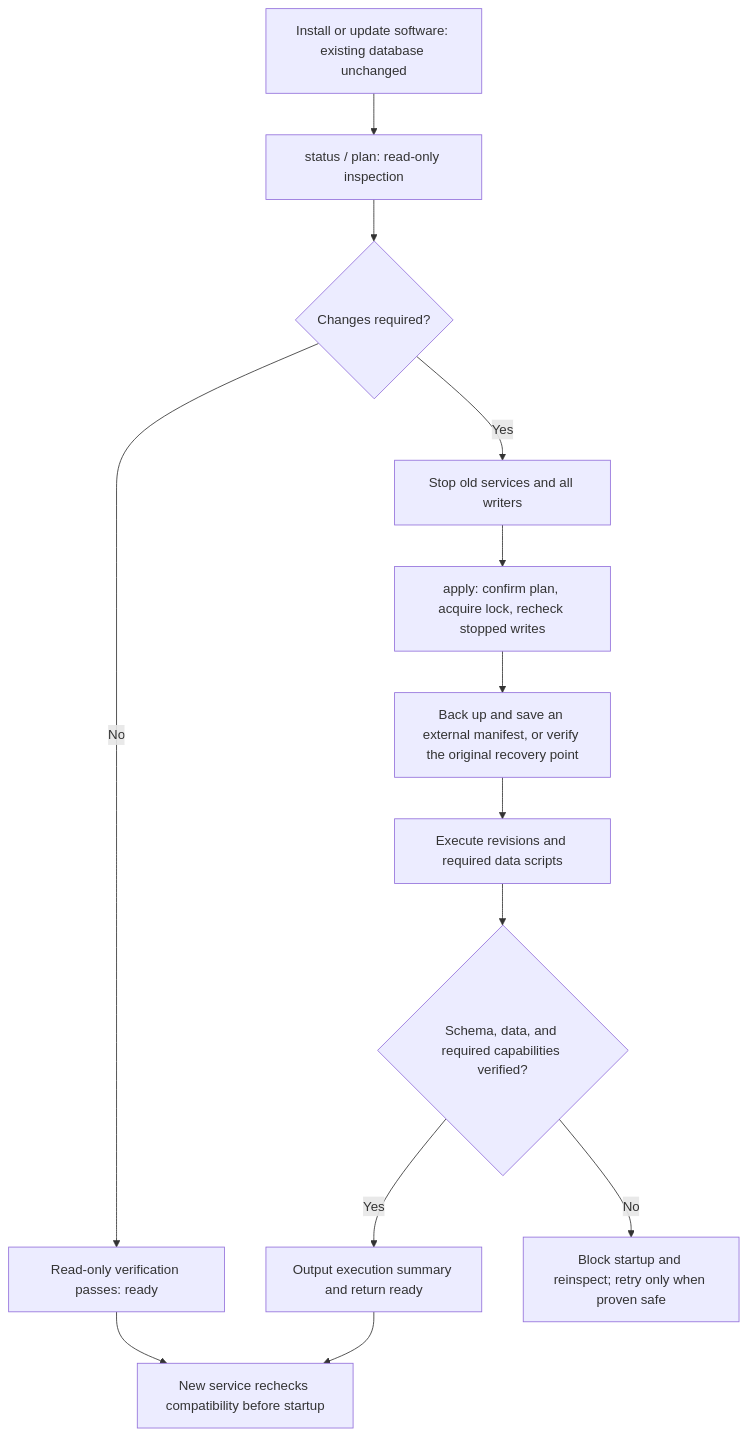
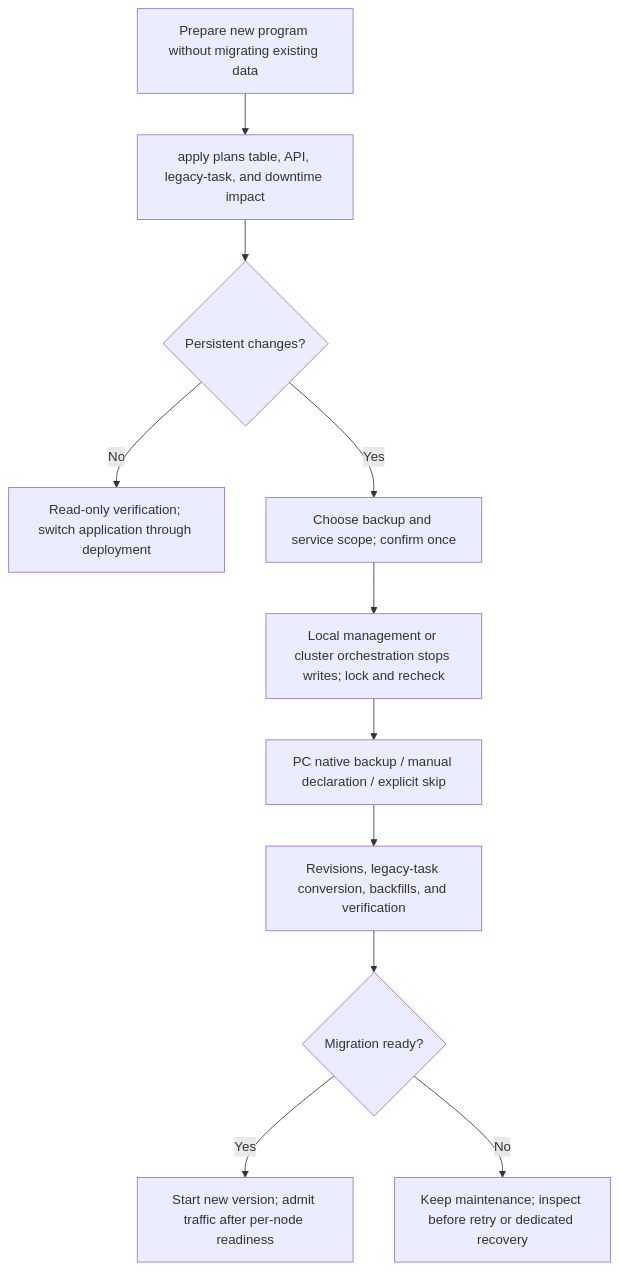
One commit to oceanbase/powercontext changed the first of 2 diagrams in docs/en/rfcs/1771-unified-database-migrations.md. Above: the diagram before and after it, drawn with Mermaid. The commit also changed other lines of this file and 1 other file, not shown here.

Commit message:
docs(rfc): define upgrade orchestration and backup choices

````diff
--- a/docs/en/rfcs/1771-unified-database-migrations.md
+++ b/docs/en/rfcs/1771-unified-database-migrations.md
@@ -180,15 +213,13 @@
 ```mermaid
 flowchart TD
-    A["Install or update software: existing database unchanged"] --> B["status / plan: read-only inspection"]
-    B --> C{"Changes required?"}
-    C -->|No| D["Read-only verification passes: ready"]
-    C -->|Yes| E["Stop old services and all writers"]
-    E --> F["apply: confirm plan, acquire lock, recheck stopped writes"]
-    F --> G["Back up and save an external manifest, or verify the original recovery point"]
-    G --> H["Execute revisions and required data scripts"]
-    H --> I{"Schema, data, and required capabilities verified?"}
-    I -->|Yes| J["Output execution summary and return ready"]
-    I -->|No| K["Block startup and reinspect; retry only when proven safe"]
-    J --> L["New service rechecks compatibility before startup"]
-    D --> L
+    A["Prepare new program without migrating existing data"] --> B["apply plans table, API, legacy-task, and downtime impact"]
+    B --> C{"Persistent changes?"}
+    C -->|No| D["Read-only verification; switch application through deployment"]
+    C -->|Yes| E["Choose backup and service scope; confirm once"]
+    E --> F["Local management or cluster orchestration stops writes; lock and recheck"]
+    F --> G["PC native backup / manual declaration / explicit skip"]
+    G --> H["Revisions, legacy-task conversion, backfills, and verification"]
+    H --> I{"Migration ready?"}
+    I -->|Yes| J["Start new version; admit traffic after per-node readiness"]
+    I -->|No| K["Keep maintenance; inspect before retry or dedicated recovery"]
 ```
````
